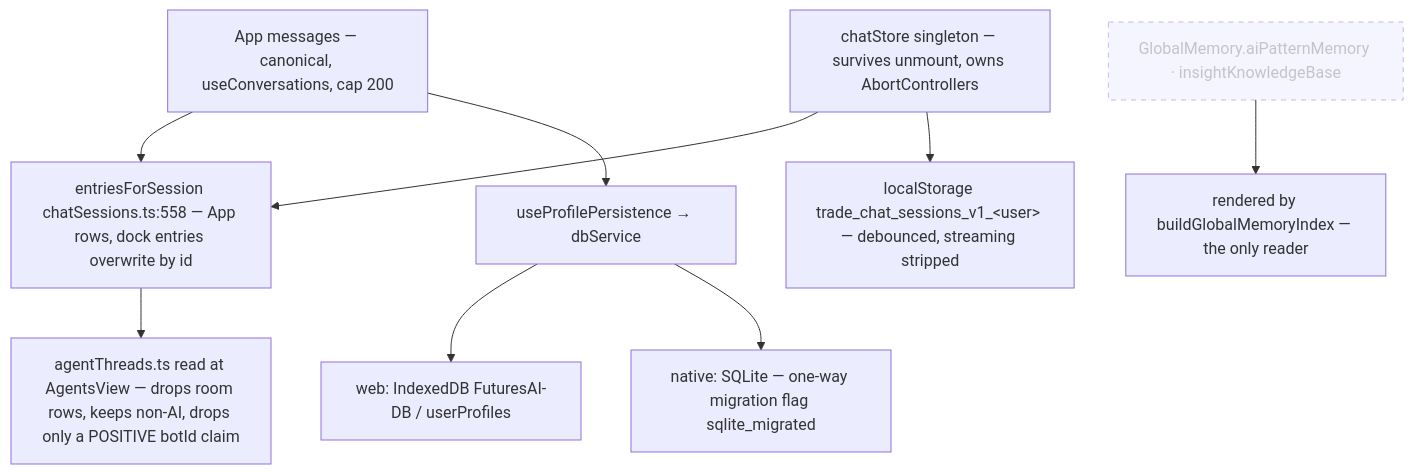
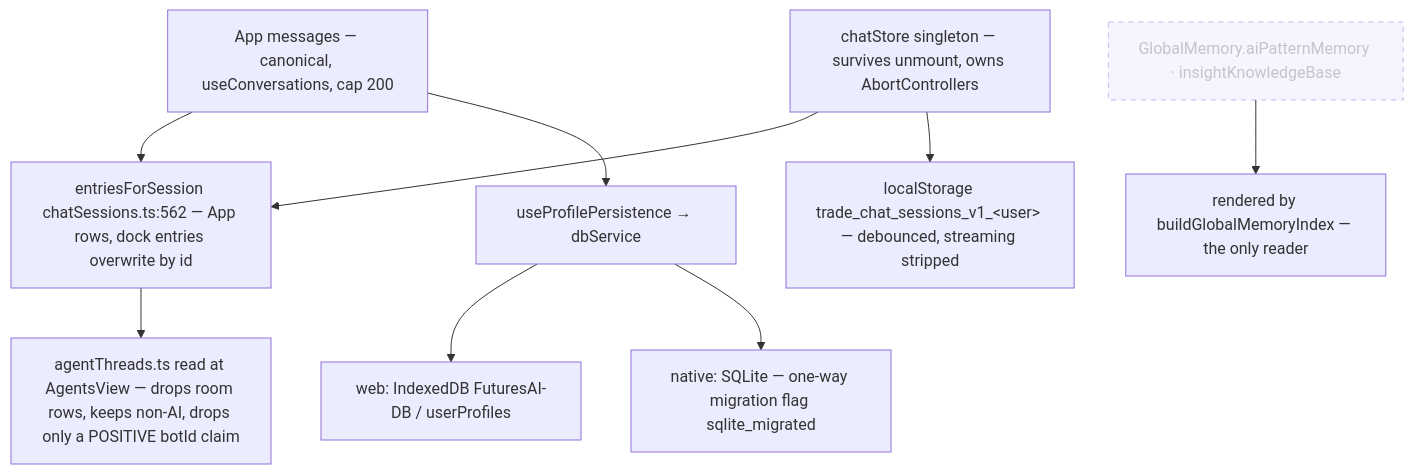
Before and after one commit to Acepay25/august-3.5: the seventh of 7 diagrams in docs/app-flow.md, drawn with Mermaid. The commit also changed other lines of this file and 15 other files, not shown here.

````diff
--- a/docs/app-flow.md
+++ b/docs/app-flow.md
@@ -358,12 +358,12 @@
 ```mermaid
 flowchart TD
-    MSG["App messages — canonical, useConversations, cap 200"] --> MER["entriesForSession chatSessions.ts:558 — App rows, dock entries overwrite by id"]
+    MSG["App messages — canonical, useConversations, cap 200"] --> MER["entriesForSession chatSessions.ts:562 — App rows, dock entries overwrite by id"]
     CS["chatStore singleton — survives unmount, owns AbortControllers"] --> MER
     MER --> PANE["agentThreads.ts read at AgentsView — drops room rows, keeps non-AI, drops only a POSITIVE botId claim"]
     CS --> LS["localStorage trade_chat_sessions_v1_&lt;user&gt; — debounced, streaming stripped"]
     MSG --> PP["useProfilePersistence → dbService"]
     PP --> IDB["web: IndexedDB FuturesAI-DB / userProfiles"]
     PP --> SQL["native: SQLite — one-way migration flag sqlite_migrated"]
     GM["GlobalMemory.aiPatternMemory · insightKnowledgeBase"]:::dead --> IDX["rendered by buildGlobalMemoryIndex — the only reader"]
     classDef dead stroke-dasharray: 5 5,opacity:.5
 ```
````
